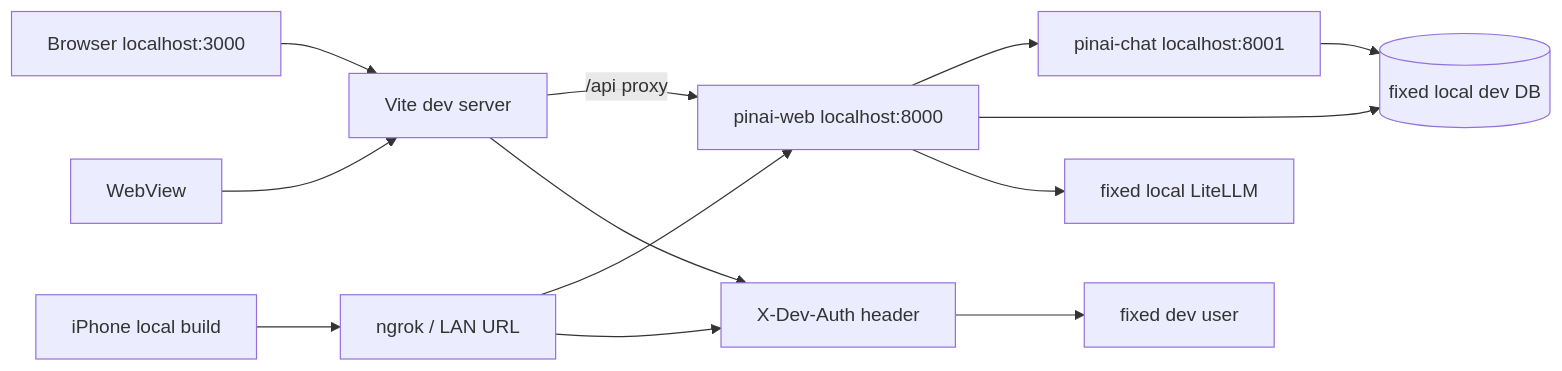
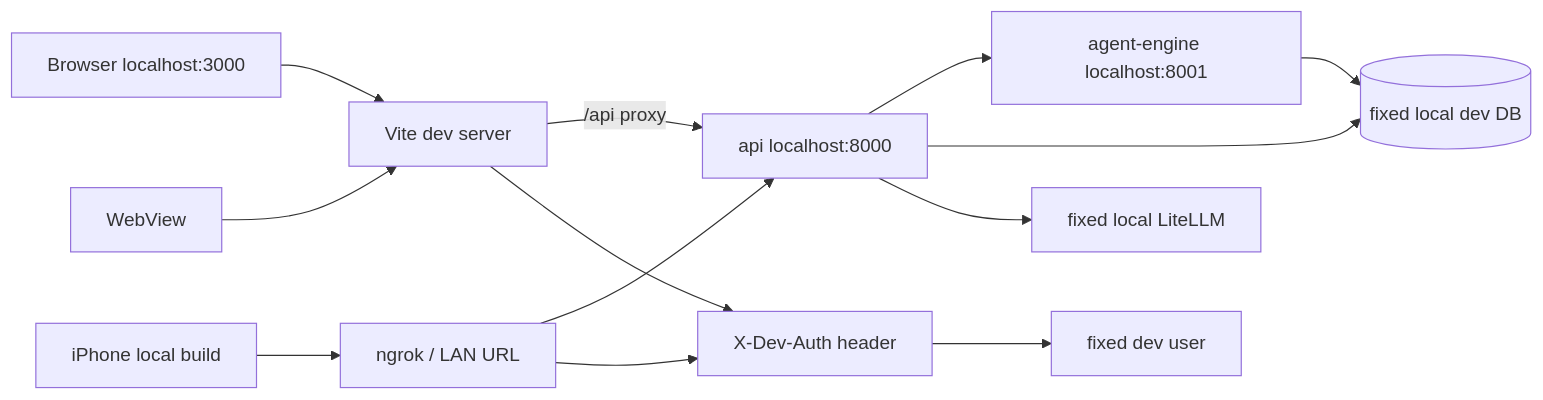
One commit to Edge-AI-HQ/proactive-assistant changed the second of 2 diagrams in docs/plans/2026-06-05-local-hot-development-mode.mdx. Above: the diagram before and after it, drawn with Mermaid. The commit also changed other lines of this file and 978 other files, not shown here.

````diff
--- a/docs/plans/2026-06-05-local-hot-development-mode.mdx
+++ b/docs/plans/2026-06-05-local-hot-development-mode.mdx
@@ -151,17 +151,17 @@
 ```mermaid
 flowchart LR
   Browser["Browser localhost:3000"] --> Vite["Vite dev server"]
   WebView["WebView"] --> Vite
   IPhone["iPhone local build"] --> Public["ngrok / LAN URL"]
 
-  Vite -->|/api proxy| Web["pinai-web localhost:8000"]
+  Vite -->|/api proxy| Web["api localhost:8000"]
   Public --> Web
-  Web --> Chat["pinai-chat localhost:8001"]
+  Web --> Chat["agent-engine localhost:8001"]
   Web --> DB[("fixed local dev DB")]
   Chat --> DB
   Web --> LLM["fixed local LiteLLM"]
 
   Vite --> Auth["X-Dev-Auth header"]
   Public --> Auth
   Auth --> User["fixed dev user"]
 ```
````
